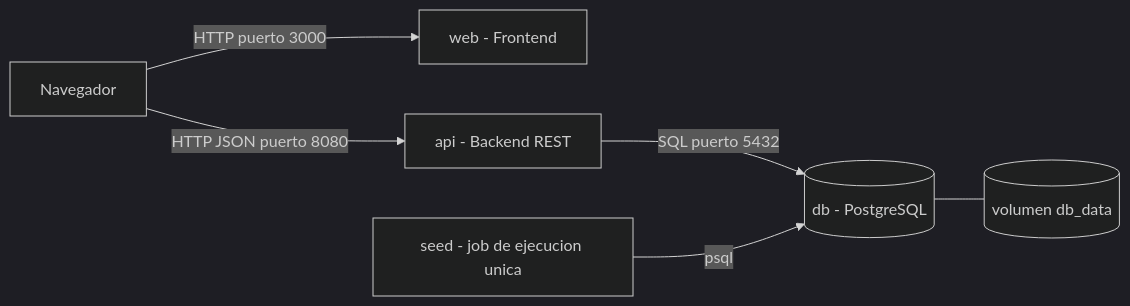
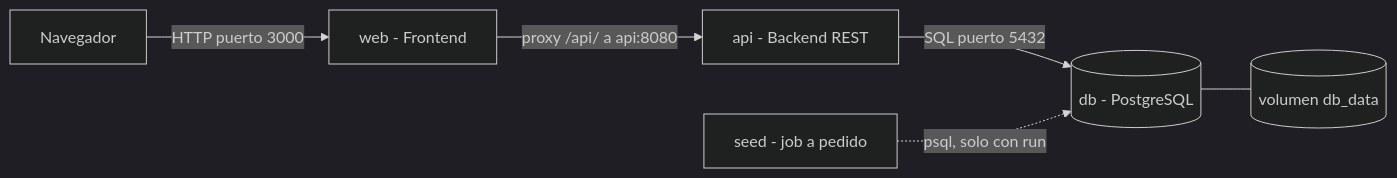
The first of 3 diagrams in docs/arquitectura.md (andresgomezgarcia01/cont-app-soft-u2), drawn with Mermaid (dark theme) before and after one commit. The commit also changed other lines of this file and 20 other files, not shown here.

First line of the commit message:
Revisión del insumo: seed a pedido, despliegue vigente y alcance base

````diff
--- a/docs/arquitectura.md
+++ b/docs/arquitectura.md
@@ -15,15 +15,15 @@
 ```mermaid
 flowchart LR
     N[Navegador]
     W[web - Frontend]
     A[api - Backend REST]
     D[(db - PostgreSQL)]
-    S[seed - job de ejecucion unica]
+    S[seed - job a pedido]
     V[(volumen db_data)]
 
     N -->|HTTP puerto 3000| W
-    N -->|HTTP JSON puerto 8080| A
+    W -->|proxy /api/ a api:8080| A
     A -->|SQL puerto 5432| D
-    S -->|psql| D
+    S -.->|psql, solo con run| D
     D --- V
 ```
````
